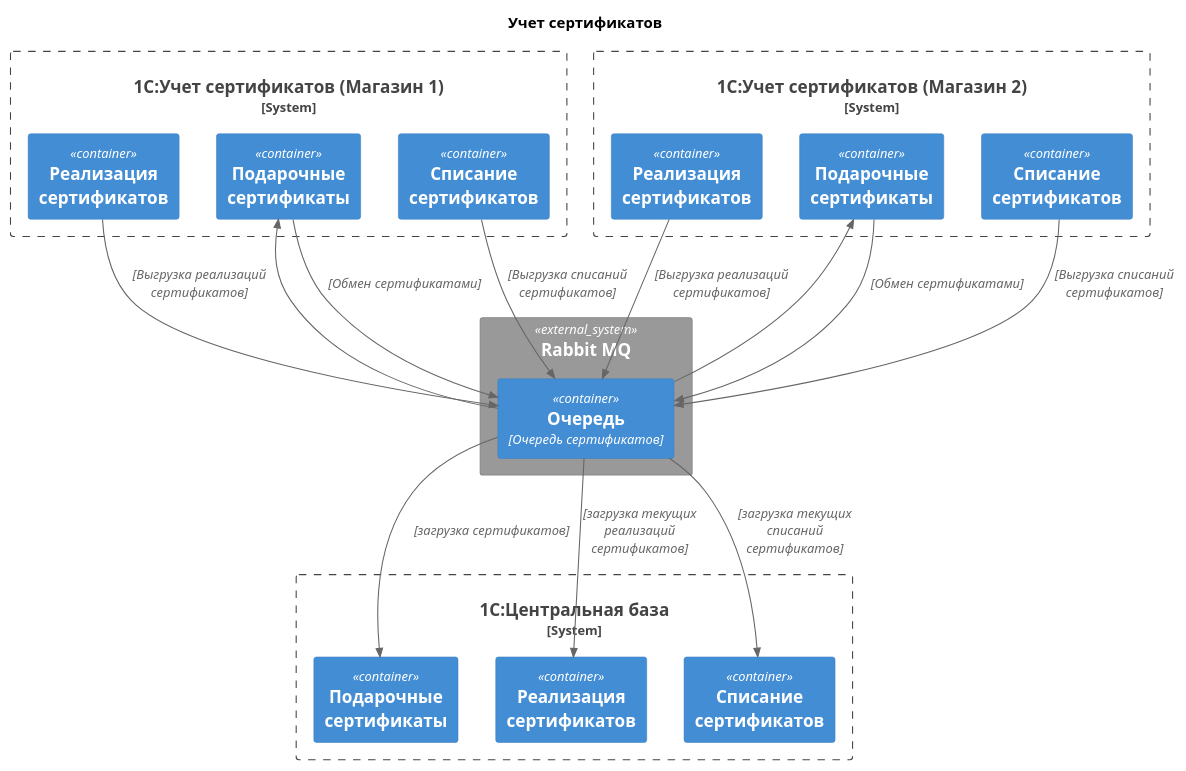
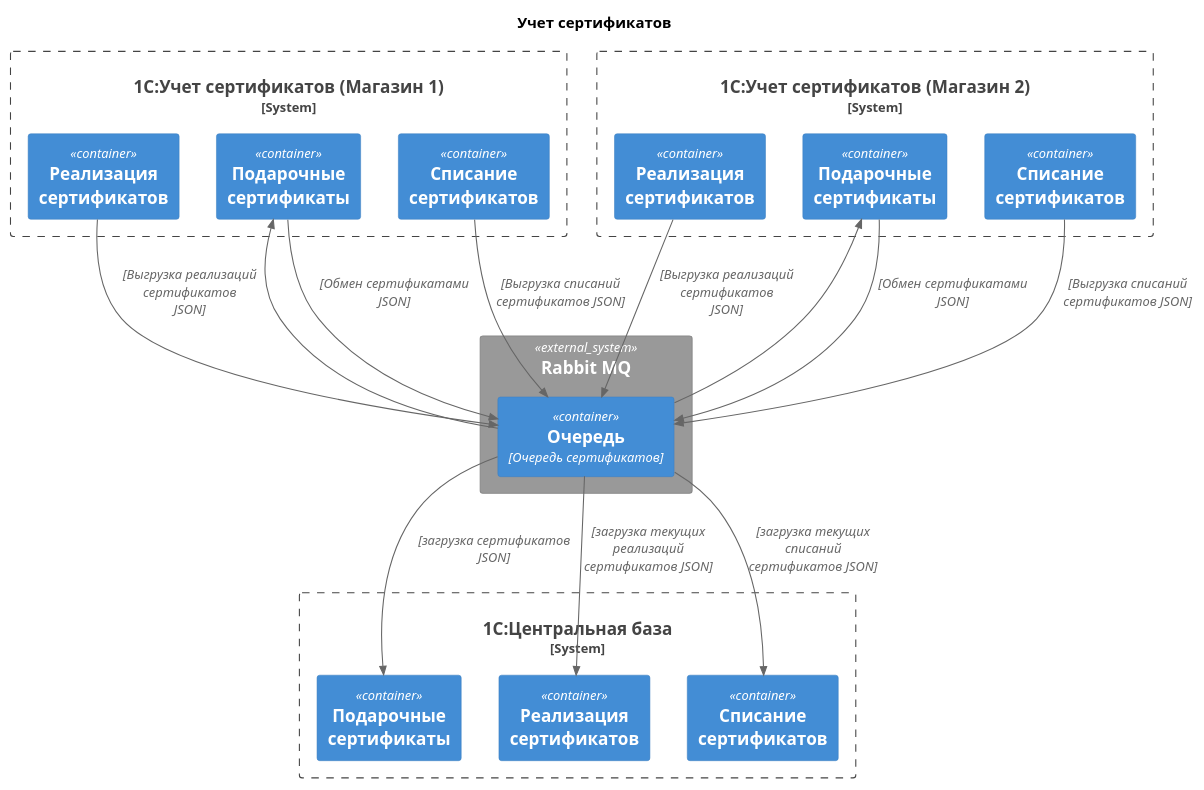
Before and after one commit to rendaf007/diplom: the diagram in doc/C4/C4_Схема.puml, drawn with PlantUML. The commit also changed 3 other files, not shown here.

Commit message:
доработка схем

```diff
--- a/doc/C4/C4_Схема.puml
+++ b/doc/C4/C4_Схема.puml
@@ -1,48 +1,48 @@
 @startuml
 !include https://raw.githubusercontent.com/plantuml-stdlib/C4-PlantUML/master/C4.puml
 !include https://raw.githubusercontent.com/plantuml-stdlib/C4-PlantUML/master/C4_Container.puml
 !include https://raw.githubusercontent.com/plantuml-stdlib/C4-PlantUML/master/C4_Component.puml
 
 ' LAYOUT_WITH_LEGEND()
 
 title Учет сертификатов
 
 System_Boundary(Магазин1, "1C:Учет сертификатов (Магазин 1)") {
   Container(Магазин1_Сертификат, "Подарочные сертификаты")
   Container(Магазин1_Реализация, "Реализация сертификатов")
   Container(Магазин1_Списание, "Списание сертификатов")
  }
 
 System_Boundary(Магазин2, "1C:Учет сертификатов (Магазин 2)") {
   Container(Магазин2_Сертификат, "Подарочные сертификаты")
   Container(Магазин2_Реализация, "Реализация сертификатов")
   Container(Магазин2_Списание, "Списание сертификатов")
  }
 
 
 System_Boundary(ГоловнаяБаза, "1C:Центральная база") {
   Container(ГоловнаяБаза_Сертификат, "Подарочные сертификаты")
   Container(ГоловнаяБаза_Реализация, "Реализация сертификатов")
   Container(ГоловнаяБаза_Списание, "Списание сертификатов")
  }
 
 System_Ext(Раббит, "Rabbit MQ") {
   Container(Очередь, "Очередь", "Очередь сертификатов")
 
 'Связи через kafka
-Rel(Магазин1_Сертификат, Очередь, "", "Обмен сертификатами")
+Rel(Магазин1_Сертификат, Очередь, "", "Обмен сертификатами JSON")
 Rel(Очередь, Магазин1_Сертификат, "", )
-Rel(Магазин1_Реализация, Очередь, "", "Выгрузка реализаций сертификатов")
-Rel(Магазин1_Списание, Очередь, "", "Выгрузка списаний сертификатов")
+Rel(Магазин1_Реализация, Очередь, "", "Выгрузка реализаций сертификатов JSON")
+Rel(Магазин1_Списание, Очередь, "", "Выгрузка списаний сертификатов JSON")
 
 
-Rel(Магазин2_Сертификат, Очередь, "", "Обмен сертификатами")
+Rel(Магазин2_Сертификат, Очередь, "", "Обмен сертификатами JSON")
 Rel(Очередь, Магазин2_Сертификат, "", )
-Rel(Магазин2_Реализация, Очередь, "", "Выгрузка реализаций сертификатов")
-Rel(Магазин2_Списание, Очередь, "", "Выгрузка списаний сертификатов")
+Rel(Магазин2_Реализация, Очередь, "", "Выгрузка реализаций сертификатов JSON")
+Rel(Магазин2_Списание, Очередь, "", "Выгрузка списаний сертификатов JSON")
 
-Rel(Очередь, ГоловнаяБаза_Сертификат, "", "загрузка сертификатов")
-Rel(Очередь, ГоловнаяБаза_Реализация, "", "загрузка текущих реализаций сертификатов")
-Rel(Очередь, ГоловнаяБаза_Списание, "", "загрузка текущих списаний сертификатов")
+Rel(Очередь, ГоловнаяБаза_Сертификат, "", "загрузка сертификатов JSON")
+Rel(Очередь, ГоловнаяБаза_Реализация, "", "загрузка текущих реализаций сертификатов JSON")
+Rel(Очередь, ГоловнаяБаза_Списание, "", "загрузка текущих списаний сертификатов JSON")
 
 @enduml
```
